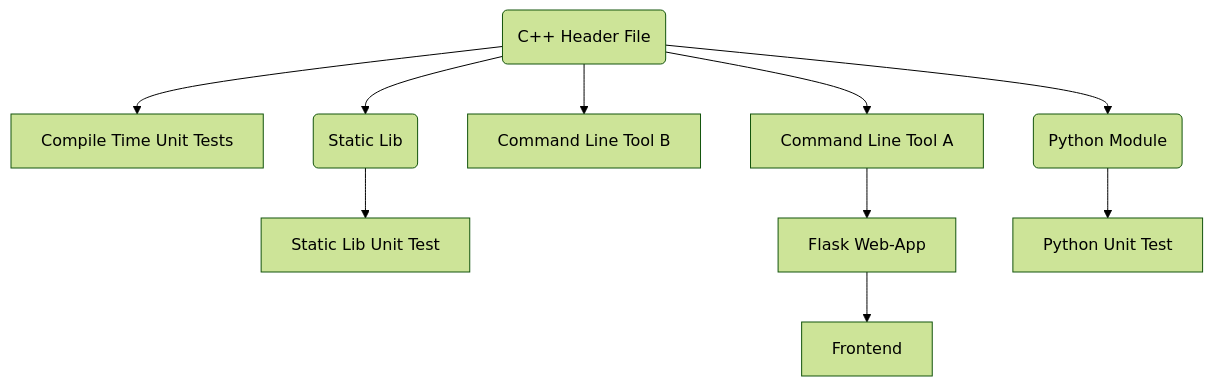
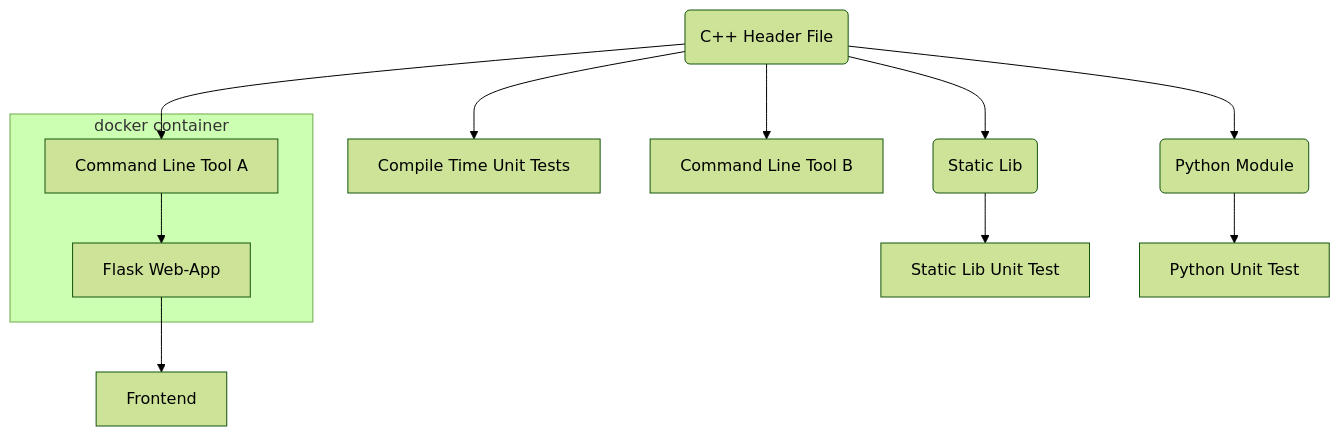
The diagram in README.md (SebastianBach/full-stack), drawn with Mermaid (forest theme) before and after one commit. The commit also changed other lines of this file and 5 other files, not shown here.

Commit message:
added container for web-app

````diff
--- a/README.md
+++ b/README.md
@@ -19,19 +20,21 @@
 ```mermaid
   flowchart TD;
 
     F(C++ Header File) --> CUT[Compile Time Unit Tests];
 
     F --> CLI1[Command Line Tool A]
     F --> CLI2[Command Line Tool B]
     F --> LIB(Static Lib)
     LIB --> LIBTEST[Static Lib Unit Test]
 
-    CLI1 --> SERVER[Flask Web-App]
-    SERVER --> FRONT[Frontend]
-
     F --> PY(Python Module)
 
+
+    subgraph docker container
+    CLI1 --> SERVER[Flask Web-App]
+    end
+
+    SERVER --> FRONT[Frontend]
     PY --> PYTEST[Python Unit Test]
 
-
 ```
````
